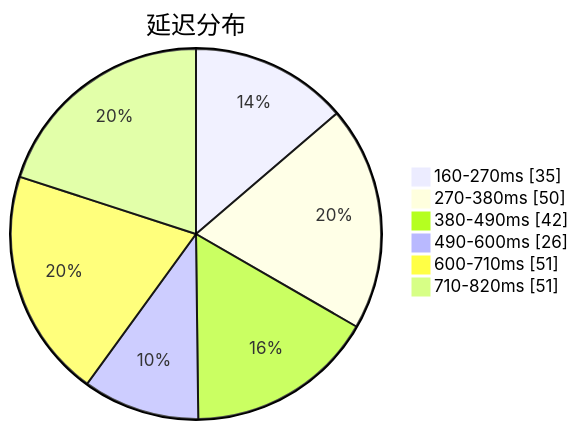
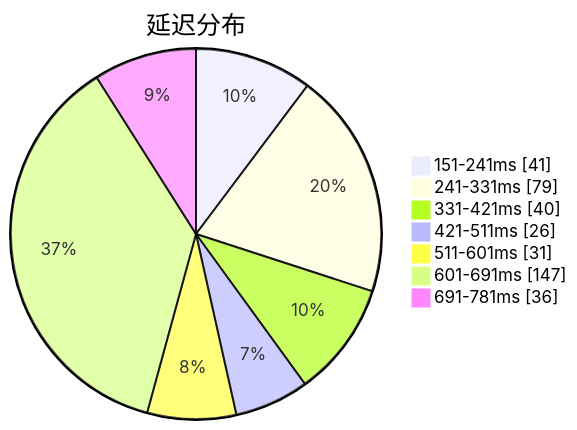
The first of 3 diagrams in subs/statistics/tested_within.md (qjlxg/airport), drawn with Mermaid before and after one commit. The commit also changed other lines of this file and 2 other files, not shown here.

````diff
--- a/subs/statistics/tested_within.md
+++ b/subs/statistics/tested_within.md
@@ -2,10 +2,11 @@
 ```mermaid
 pie showData
 title 延迟分布
-"160-270ms" : 35
-"270-380ms" : 50
-"380-490ms" : 42
-"490-600ms" : 26
-"600-710ms" : 51
-"710-820ms" : 51
+"151-241ms" : 41
+"241-331ms" : 79
+"331-421ms" : 40
+"421-511ms" : 26
+"511-601ms" : 31
+"601-691ms" : 147
+"691-781ms" : 36
 ```
````
